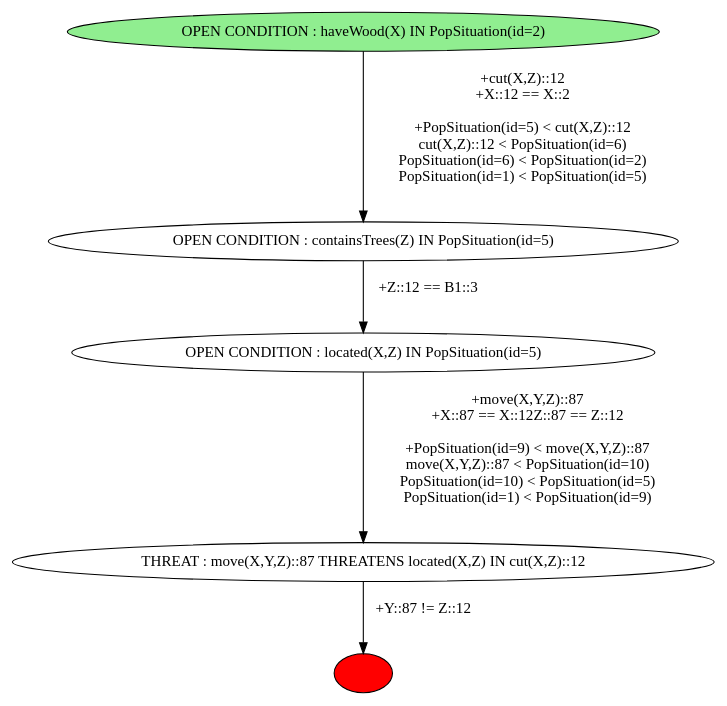
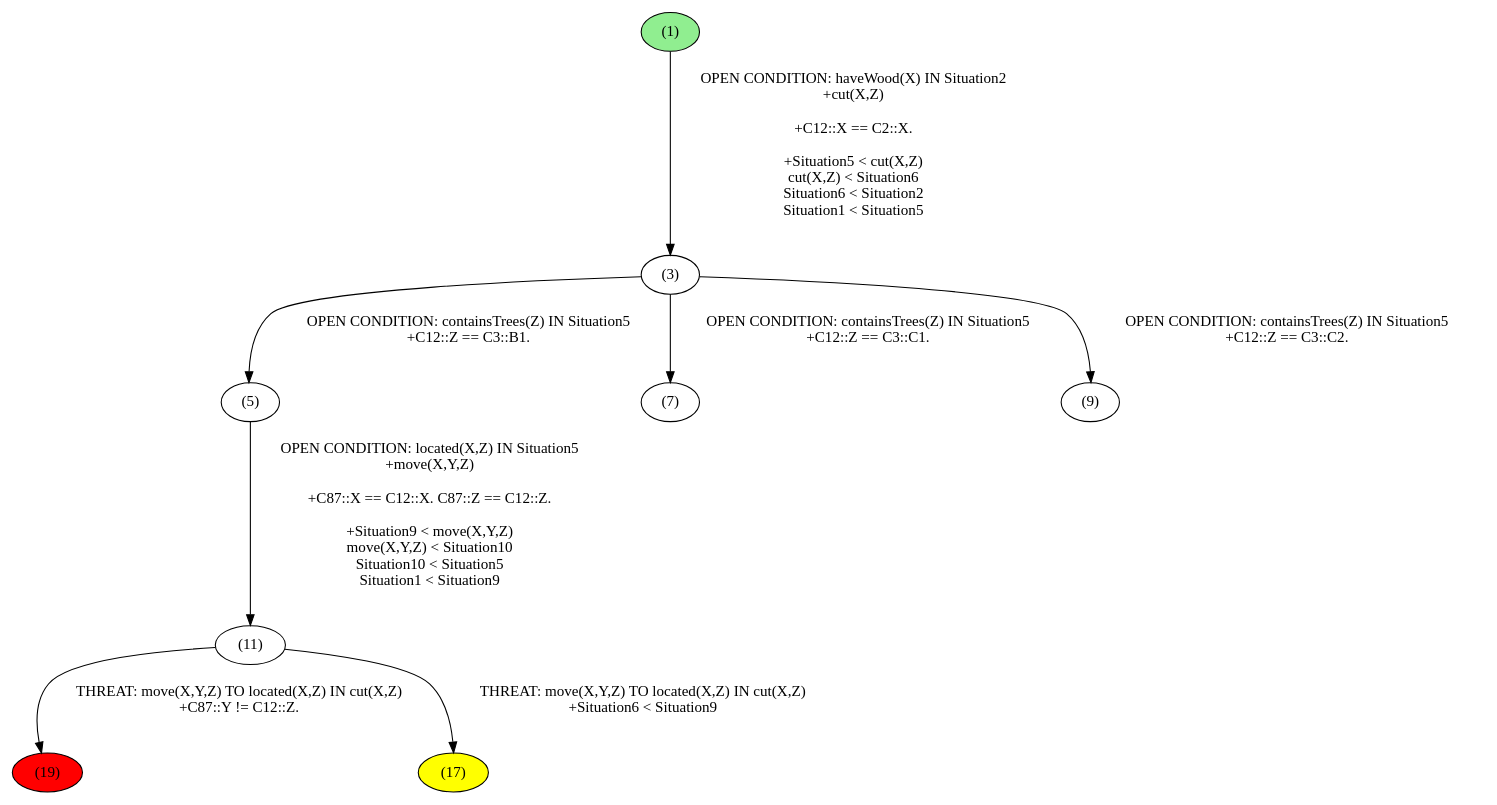
Before and after one commit to tokyramarozaka/mimosa-iriela-extension: the diagram in output/detailed.png.dot, drawn with Graphviz. The commit also changed 13 other files, not shown here.

Commit message:
feat: detailed state space search graph

```diff
--- a/output/detailed.png.dot
+++ b/output/detailed.png.dot
@@ -1,28 +1,47 @@
 digraph G {
-"" [style=filled,fillcolor="red"];
-"OPEN CONDITION : haveWood(X) IN PopSituation(id=2)" [style=filled,fillcolor="lightgreen"];
-"OPEN CONDITION : haveWood(X) IN PopSituation(id=2)" -> "OPEN CONDITION : containsTrees(Z) IN PopSituation(id=5)" [label="+cut(X,Z)::12
-+X::12 == X::2
+"(19) " [style=filled,fillcolor="red"];
+"(17) " [style=filled,fillcolor="yellow"];
+"(1) " [style=filled,fillcolor="lightgreen"];
+"(1) " -> "(3) " [label="OPEN CONDITION: haveWood(X) IN Situation2
++cut(X,Z)
 
-+PopSituation(id=5) < cut(X,Z)::12
-cut(X,Z)::12 < PopSituation(id=6)
-PopSituation(id=6) < PopSituation(id=2)
-PopSituation(id=1) < PopSituation(id=5)
++C12::X == C2::X. 
+
++Situation5 < cut(X,Z)
+cut(X,Z) < Situation6
+Situation6 < Situation2
+Situation1 < Situation5
 
 "];
-"OPEN CONDITION : containsTrees(Z) IN PopSituation(id=5)" -> "OPEN CONDITION : located(X,Z) IN PopSituation(id=5)" [label="+Z::12 == B1::3
+"(3) " -> "(5) " [label="OPEN CONDITION: containsTrees(Z) IN Situation5
++C12::Z == C3::B1. 
 
 "];
-"OPEN CONDITION : located(X,Z) IN PopSituation(id=5)" -> "THREAT : move(X,Y,Z)::87 THREATENS located(X,Z) IN cut(X,Z)::12" [label="+move(X,Y,Z)::87
-+X::87 == X::12Z::87 == Z::12
-
-+PopSituation(id=9) < move(X,Y,Z)::87
-move(X,Y,Z)::87 < PopSituation(id=10)
-PopSituation(id=10) < PopSituation(id=5)
-PopSituation(id=1) < PopSituation(id=9)
+"(3) " -> "(7) " [label="OPEN CONDITION: containsTrees(Z) IN Situation5
++C12::Z == C3::C1. 
 
 "];
-"THREAT : move(X,Y,Z)::87 THREATENS located(X,Z) IN cut(X,Z)::12" -> "" [label="+Y::87 != Z::12
+"(3) " -> "(9) " [label="OPEN CONDITION: containsTrees(Z) IN Situation5
++C12::Z == C3::C2. 
+
+"];
+"(5) " -> "(11) " [label="OPEN CONDITION: located(X,Z) IN Situation5
++move(X,Y,Z)
+
++C87::X == C12::X. C87::Z == C12::Z. 
+
++Situation9 < move(X,Y,Z)
+move(X,Y,Z) < Situation10
+Situation10 < Situation5
+Situation1 < Situation9
+
+"];
+"(11) " -> "(19) " [label="THREAT: move(X,Y,Z) TO located(X,Z) IN cut(X,Z)
++C87::Y != C12::Z. 
+
+"];
+"(11) " -> "(17) " [label="THREAT: move(X,Y,Z) TO located(X,Z) IN cut(X,Z)
++Situation6 < Situation9
 
 "];
 }
```
